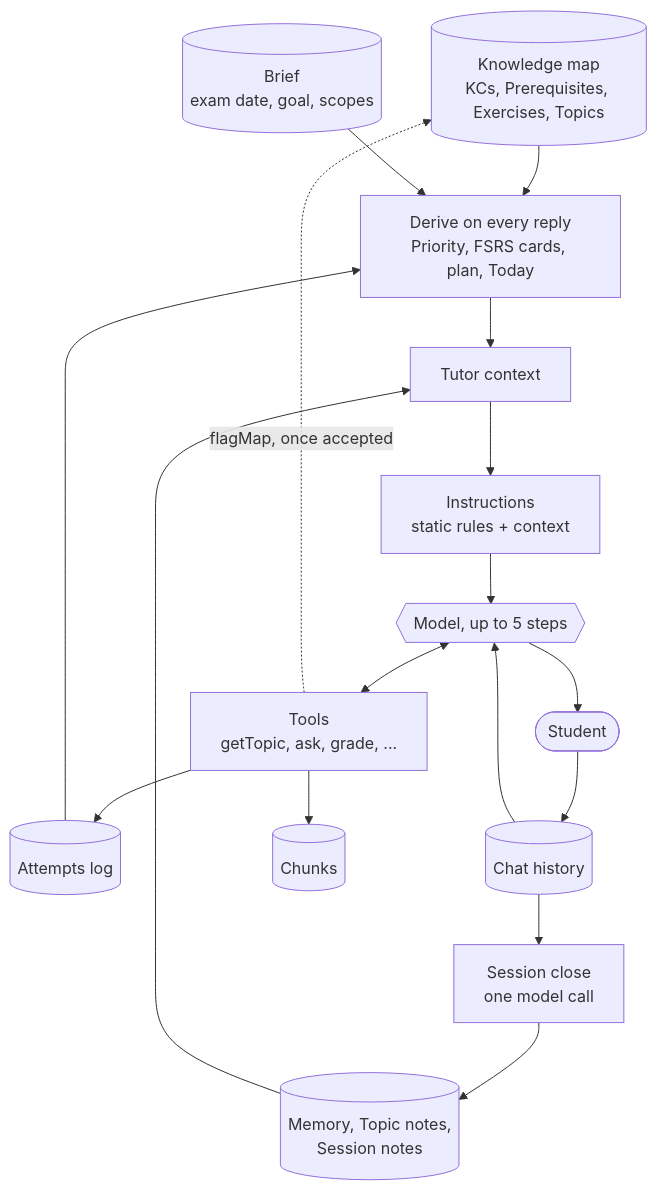
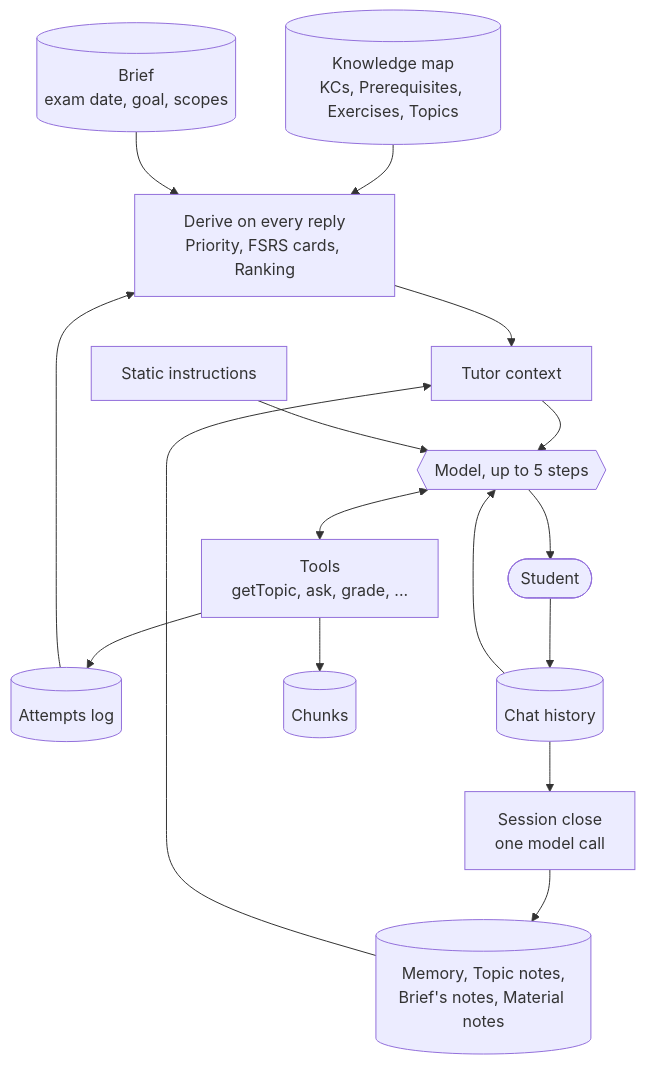
One commit to 69420pm/project-mastery changed the first of 3 diagrams in docs/features/tutoring.md. Above: the diagram before and after it, drawn with Mermaid. The commit also changed other lines of this file and 331 other files, not shown here.

````diff
--- a/docs/features/tutoring.md
+++ b/docs/features/tutoring.md
@@ -17,25 +17,24 @@
 ```mermaid
 flowchart TD
   map[("Knowledge map<br/>KCs, Prerequisites, Exercises, Topics")]
   brief[("Brief<br/>exam date, goal, scopes")]
   log[("Attempts log")]
-  notes[("Memory, Topic notes,<br/>Session notes")]
+  notes[("Memory, Topic notes,<br/>Brief's notes, Material notes")]
 
   map --> derive
   brief --> derive
   log --> derive
-  derive["Derive on every reply<br/>Priority, FSRS cards, plan, Today"]
+  derive["Derive on every reply<br/>Priority, FSRS cards, Ranking"]
   derive --> context["Tutor context"]
   notes --> context
-  context --> prompt["Instructions<br/>static rules + context"]
+  context --> model
+  instructions["Static instructions"] --> model
   history[("Chat history")] --> model
-  prompt --> model{{"Model, up to 5 steps"}}
-  model <--> tools["Tools<br/>getTopic, ask, grade, ..."]
+  model{{"Model, up to 5 steps"}} <--> tools["Tools<br/>getTopic, ask, grade, ..."]
   tools --> log
   tools --> sources[("Chunks")]
   model --> student(["Student"])
   student --> history
-  tools -. "flagMap, once accepted" .-> map
   history --> close["Session close<br/>one model call"]
   close --> notes
 ```
````
